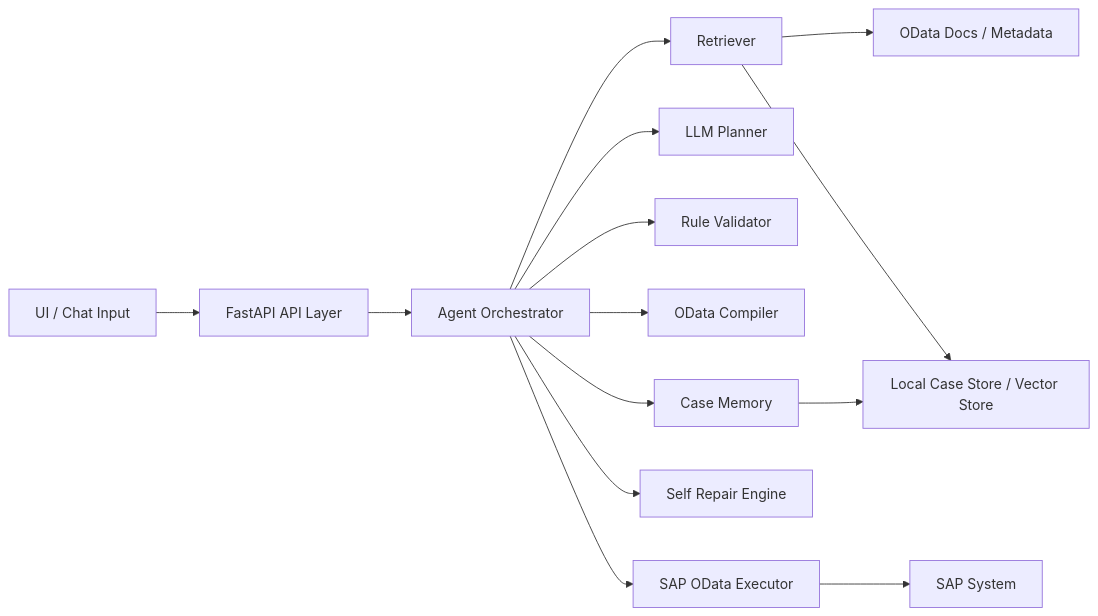
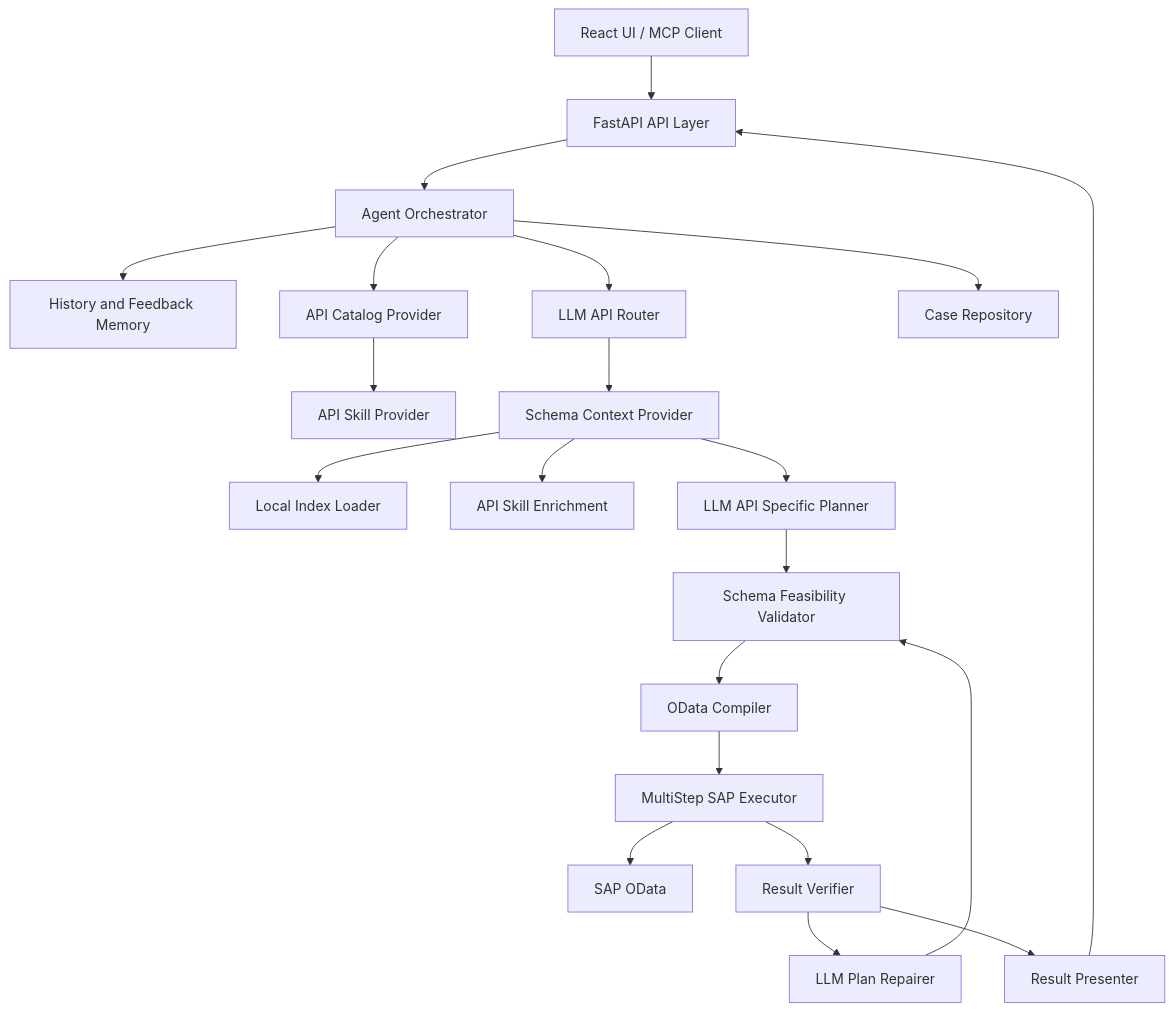
Before and after one commit to yin-wen-bin/SAPClaw: the diagram in docs/architecture.md, drawn with Mermaid. The commit also changed other lines of this file and 7 other files, not shown here.

````diff
--- a/docs/architecture.md
+++ b/docs/architecture.md
@@ -16,17 +17,28 @@
 ```mermaid
-flowchart LR
-    UI["UI / Chat Input"] --> API["FastAPI API Layer"]
+flowchart TD
+    UI["React UI / MCP Client"] --> API["FastAPI API Layer"]
     API --> ORCH["Agent Orchestrator"]
-    ORCH --> RETRIEVE["Retriever"]
-    ORCH --> PLAN["LLM Planner"]
-    ORCH --> VALIDATE["Rule Validator"]
-    ORCH --> COMPILE["OData Compiler"]
-    ORCH --> EXEC["SAP OData Executor"]
-    ORCH --> REPAIR["Self Repair Engine"]
-    ORCH --> MEMORY["Case Memory"]
 
-    RETRIEVE --> DOCS["OData Docs / Metadata"]
-    RETRIEVE --> CASES["Local Case Store / Vector Store"]
-    EXEC --> SAP["SAP System"]
-    MEMORY --> CASES
+    ORCH --> HIST["History and Feedback Memory"]
+    ORCH --> CATALOG["API Catalog Provider"]
+    CATALOG --> SKILL_CAT["API Skill Provider"]
+    ORCH --> ROUTER["LLM API Router"]
+
+    ROUTER --> SCHEMA["Schema Context Provider"]
+    SCHEMA --> INDEX["Local Index Loader"]
+    SCHEMA --> SKILL_CTX["API Skill Enrichment"]
+
+    SCHEMA --> PLANNER["LLM API Specific Planner"]
+    PLANNER --> VALIDATOR["Schema Feasibility Validator"]
+    VALIDATOR --> COMPILER["OData Compiler"]
+    COMPILER --> EXEC["MultiStep SAP Executor"]
+    EXEC --> SAP["SAP OData"]
+
+    EXEC --> VERIFIER["Result Verifier"]
+    VERIFIER --> REPAIR["LLM Plan Repairer"]
+    REPAIR --> VALIDATOR
+
+    VERIFIER --> PRESENTER["Result Presenter"]
+    PRESENTER --> API
+    ORCH --> CASES["Case Repository"]
 ```
````
